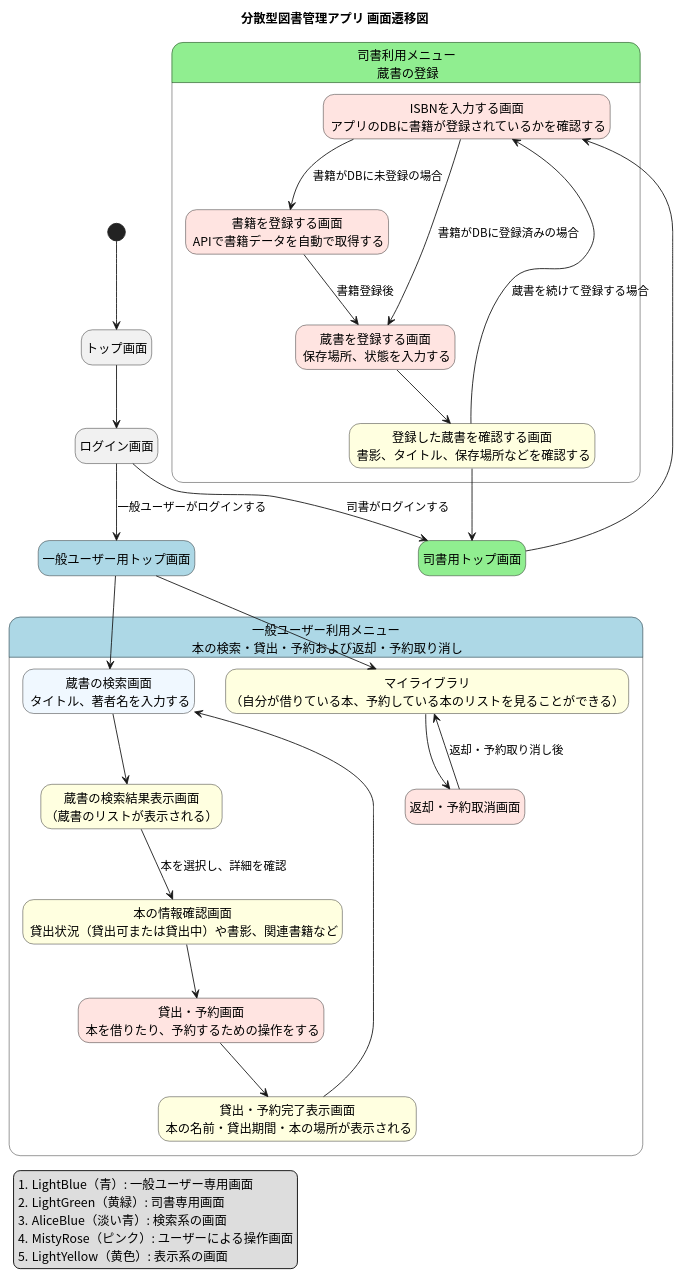
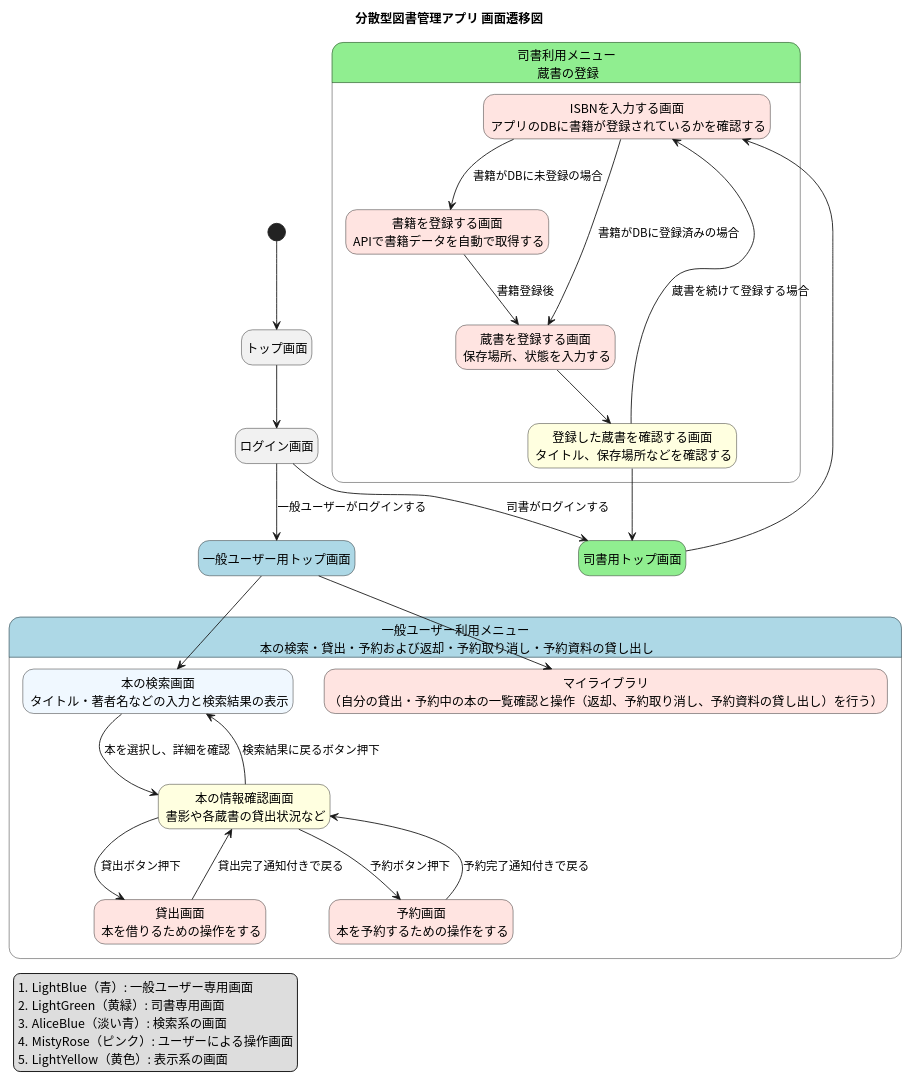
The diagram in docs/screen_flow/screen_flow_diagram.pu (tomoki-shiozaki/distributed-library), drawn with PlantUML before and after one commit. The commit also changed 2 other files, not shown here.

Commit message:
docs(screen flow): update screen flow diagram

```diff
--- a/docs/screen_flow/screen_flow_diagram.pu
+++ b/docs/screen_flow/screen_flow_diagram.pu
@@ -1,71 +1,67 @@
 @startuml screen_flow
 skinparam defaultFontName "Noto Sans CJK JP"
 hide empty description
 
 title 分散型図書管理アプリ 画面遷移図   
 
 legend left
 #LightBlue（青）: 一般ユーザー専用画面
 #LightGreen（黄緑）: 司書専用画面
 #AliceBlue（淡い青）: 検索系の画面
 #MistyRose（ピンク）: ユーザーによる操作画面
 #LightYellow（黄色）: 表示系の画面
 end legend
 
 [*] --> notLogin
 
     state "トップ画面" as notLogin
     state "ログイン画面" as login
     state "一般ユーザー用トップ画面" as user #LightBlue
     state "司書用トップ画面" as librarian #LightGreen
     notLogin --> login 
     login --> user : 一般ユーザーがログインする
     login --> librarian : 司書がログインする
 
 
 state "司書利用メニュー\n 蔵書の登録" as bookManagement #LightGreen {
     state "ISBNを入力する画面\n アプリのDBに書籍が登録されているかを確認する" as isbnCheckForm <<操作>>
     state "書籍を登録する画面\n APIで書籍データを自動で取得する" as bookCreate <<操作>>
     state "蔵書を登録する画面\n 保存場所、状態を入力する" as copyCreate <<操作>>
-    state "登録した蔵書を確認する画面\n 書影、タイトル、保存場所などを確認する" as copyConfirm <<表示>>
+    state "登録した蔵書を確認する画面\n タイトル、保存場所などを確認する" as copyConfirm <<表示>>
 }
 librarian --> isbnCheckForm
 isbnCheckForm --> bookCreate : 書籍がDBに未登録の場合
 isbnCheckForm --> copyCreate : 書籍がDBに登録済みの場合
 bookCreate --> copyCreate : 書籍登録後
 copyCreate --> copyConfirm
 copyConfirm --> librarian
 copyConfirm --> isbnCheckForm : 蔵書を続けて登録する場合
 
-state "一般ユーザー利用メニュー\n 本の検索・貸出・予約および返却・予約取り消し" as bookUse #LightBlue {
-    state "蔵書の検索画面\n タイトル、著者名を入力する" as bookSearch <<検索>> 
-    state "蔵書の検索結果表示画面\n（蔵書のリストが表示される）" as searchResult <<表示>>
-    state "本の情報確認画面\n 貸出状況（貸出可または貸出中）や書影、関連書籍など" as bookStatus <<表示>>
-    state "貸出・予約画面\n 本を借りたり、予約するための操作をする" as borrowAndBook <<操作>>
-    state "貸出・予約完了表示画面\n 本の名前・貸出期間・本の場所が表示される" as borrowCompletion <<表示>>
+state "一般ユーザー利用メニュー\n 本の検索・貸出・予約および返却・予約取り消し・予約資料の貸し出し" as bookUse #LightBlue {
+    state "本の検索画面\n タイトル・著者名などの入力と検索結果の表示" as bookSearch <<検索>>
+    state "本の情報確認画面\n 書影や各蔵書の貸出状況など" as bookStatus <<表示>>
+    state "貸出画面\n 本を借りるための操作をする" as borrowBook <<操作>>
+    state "予約画面\n 本を予約するための操作をする" as reserveBook <<操作>>
     
-    state "マイライブラリ\n（自分が借りている本、予約している本のリストを見ることができる）" as borrowingBooks <<表示>>
-    state "返却・予約取消画面" as returnAndCancelReservation <<操作>>
+    state "マイライブラリ\n（自分の貸出・予約中の本の一覧確認と操作（返却、予約取り消し、予約資料の貸し出し）を行う）" as borrowingBooks <<操作>>
 
     ' 本の貸出の流れ
-    bookSearch --> searchResult
-    searchResult --> bookStatus : 本を選択し、詳細を確認
-    bookStatus --> borrowAndBook
-    borrowAndBook --> borrowCompletion
-    borrowCompletion --> bookSearch 
+    bookSearch  --> bookStatus : 本を選択し、詳細を確認
+    bookStatus --> bookSearch : 検索結果に戻るボタン押下
+    bookStatus --> borrowBook : 貸出ボタン押下
+    bookStatus --> reserveBook : 予約ボタン押下
+    borrowBook --> bookStatus : 貸出完了通知付きで戻る
+    reserveBook --> bookStatus : 予約完了通知付きで戻る
     
-    ' 本の返却の流れ
-    borrowingBooks --> returnAndCancelReservation
-    returnAndCancelReservation --> borrowingBooks : 返却・予約取り消し後
 }
 user --> bookSearch
 user --> borrowingBooks
 
 skinparam state {
   BackgroundColor<<検索>> AliceBlue
   BackgroundColor<<操作>> MistyRose
   BackgroundColor<<表示>> LightYellow
 }
 
 
 @enduml
```
